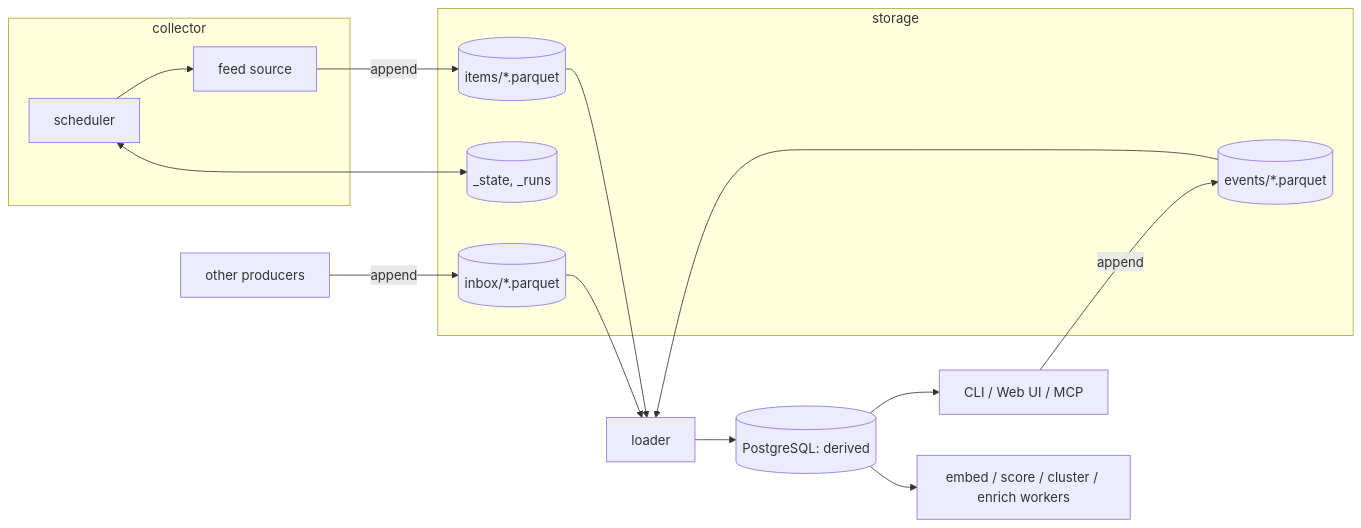
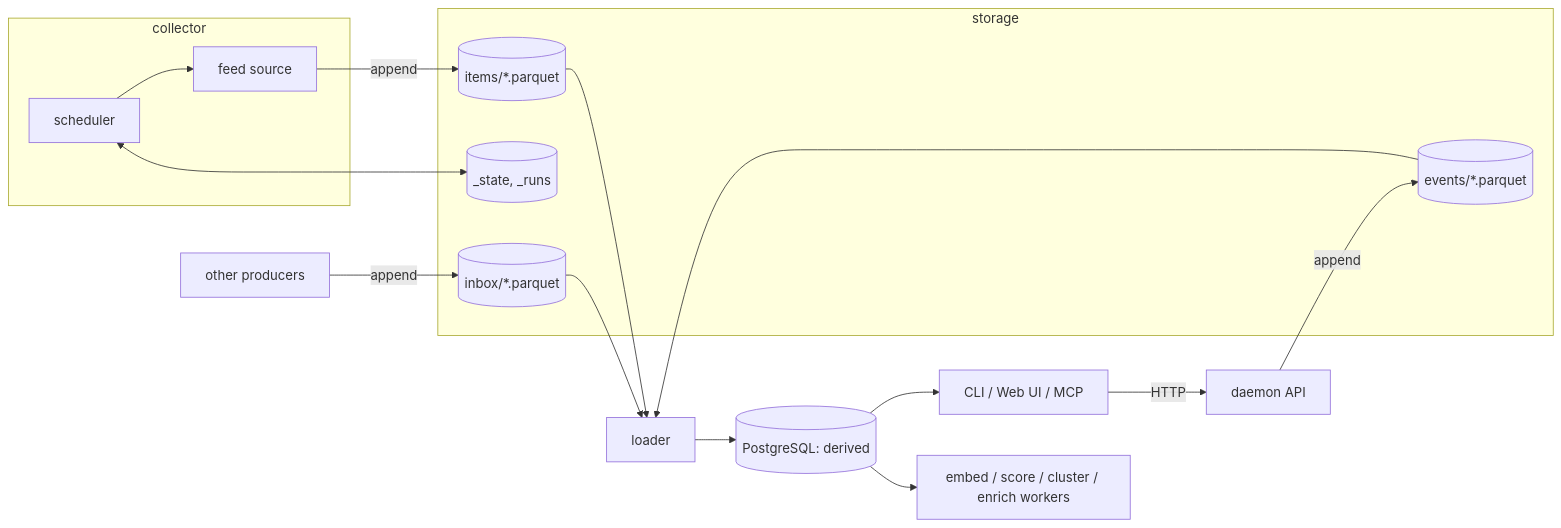
Before and after one commit to TakashiAihara/tsuzuri: the first of 2 diagrams in docs/design/parquet-store-migration.md, drawn with Mermaid. The commit also changed other lines of this file, not shown here.

````diff
--- a/docs/design/parquet-store-migration.md
+++ b/docs/design/parquet-store-migration.md
@@ -34,22 +34,23 @@
 ```mermaid
 flowchart LR
   subgraph collector
     S[scheduler] --> F[feed source]
   end
   F -->|append| IT[(items/*.parquet)]
   EXT[other producers] -->|append| IN[(inbox/*.parquet)]
-  UI[CLI / Web UI / MCP] -->|append| EV[(events/*.parquet)]
+  UI[CLI / Web UI / MCP] -->|HTTP| DM[daemon API]
+  DM -->|append| EV[(events/*.parquet)]
   subgraph storage
     IT
     IN
     EV
     ST[(_state, _runs)]
   end
   S <--> ST
   IT --> L[loader]
   IN --> L
   EV --> L
   L --> PG[(PostgreSQL: derived)]
   PG --> UI
   PG --> W[embed / score / cluster / enrich workers]
 ```
````
